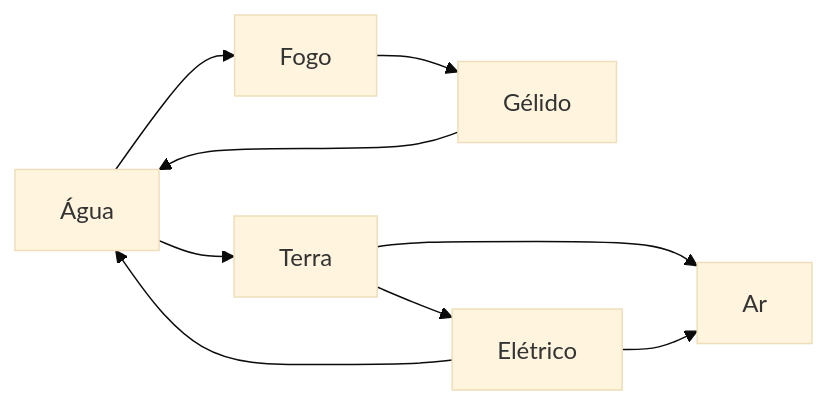
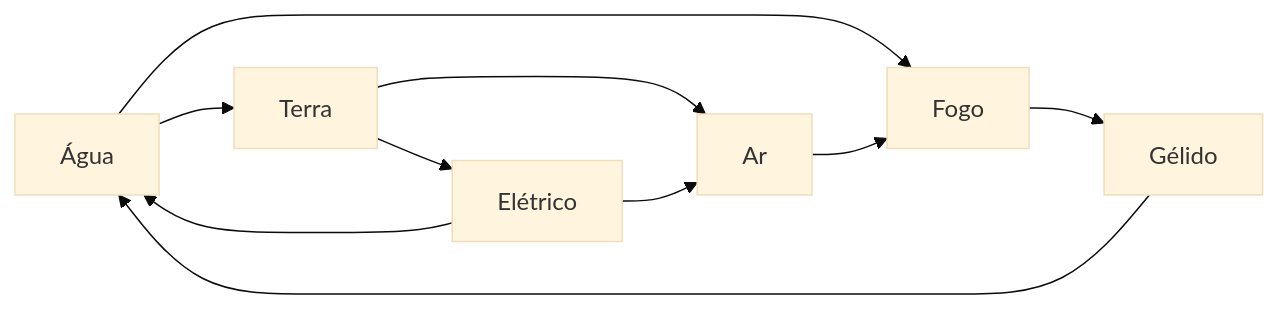
One commit to frnndog-suav/Misadventure_Frontend_V3 changed diagram 12 of 17 in docs/README.md. Above: the diagram before and after it, drawn with Mermaid (base theme). The commit also changed other lines of this file, not shown here.

````diff
--- a/docs/README.md
+++ b/docs/README.md
@@ -1444,11 +1456,12 @@
 ```mermaid
 flowchart LR
     Agua[Água] --> Fogo
     Agua --> Terra
     Fogo --> Gelido[Gélido]
     Gelido --> Agua
     Terra --> Eletrico[Elétrico]
     Terra --> Ar
     Eletrico --> Agua
     Eletrico --> Ar
+    Ar --> Fogo
 ```
````
